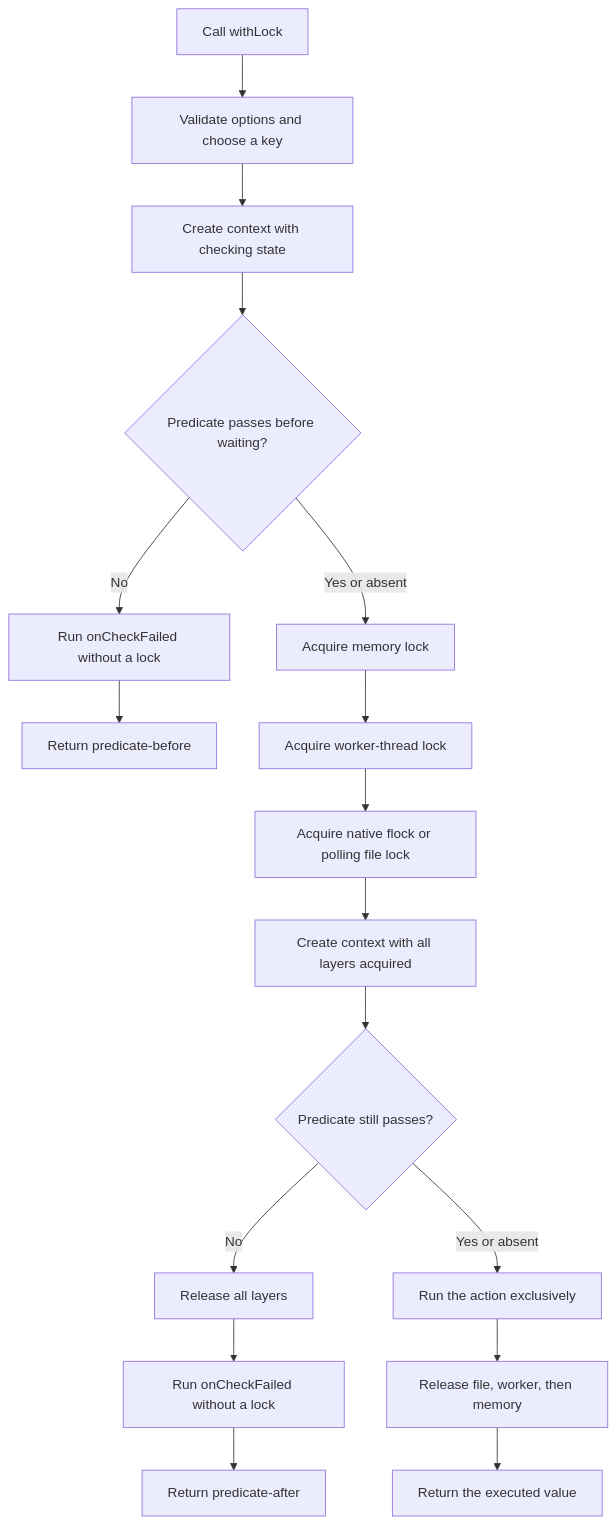
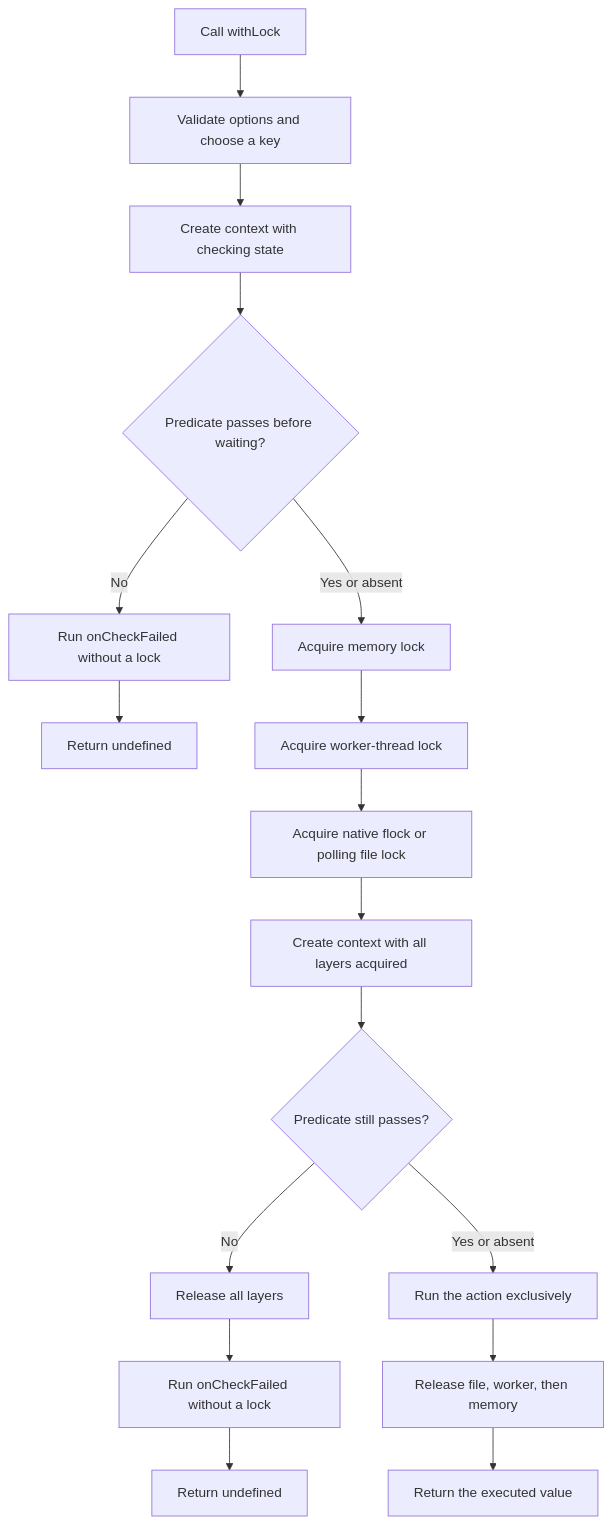
Before and after one commit to regbo/lfp-common: the second of 3 diagrams in README.md, drawn with Mermaid. The commit also changed other lines of this file and 3 other files, not shown here.

````diff
--- a/README.md
+++ b/README.md
@@ -82,19 +86,19 @@
 ```mermaid
 flowchart TD
     call["Call withLock"] --> options["Validate options and choose a key"]
     options --> checking["Create context with checking state"]
     checking --> before{"Predicate passes before waiting?"}
     before -- "No" --> failedBefore["Run onCheckFailed without a lock"]
-    failedBefore --> skippedBefore["Return predicate-before"]
+    failedBefore --> skippedBefore["Return undefined"]
     before -- "Yes or absent" --> memory["Acquire memory lock"]
     memory --> worker["Acquire worker-thread lock"]
     worker --> file["Acquire native flock or polling file lock"]
     file --> acquired["Create context with all layers acquired"]
     acquired --> after{"Predicate still passes?"}
     after -- "No" --> releaseFailed["Release all layers"]
     releaseFailed --> failedAfter["Run onCheckFailed without a lock"]
-    failedAfter --> skippedAfter["Return predicate-after"]
+    failedAfter --> skippedAfter["Return undefined"]
     after -- "Yes or absent" --> action["Run the action exclusively"]
     action --> release["Release file, worker, then memory"]
     release --> result["Return the executed value"]
 ```
````
